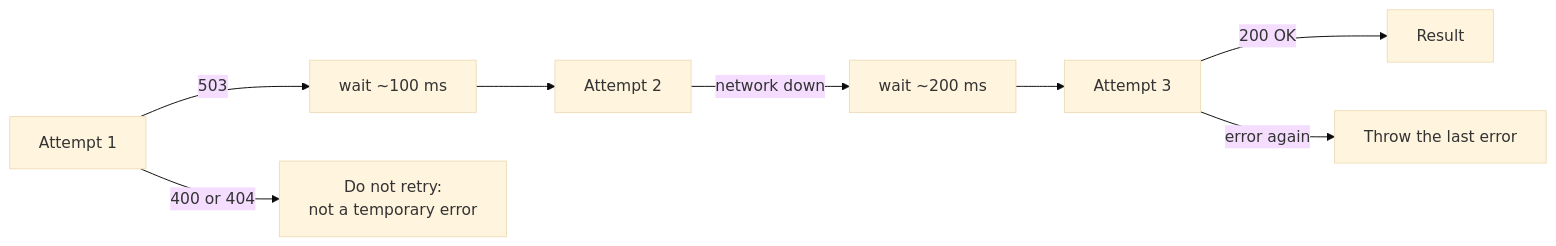
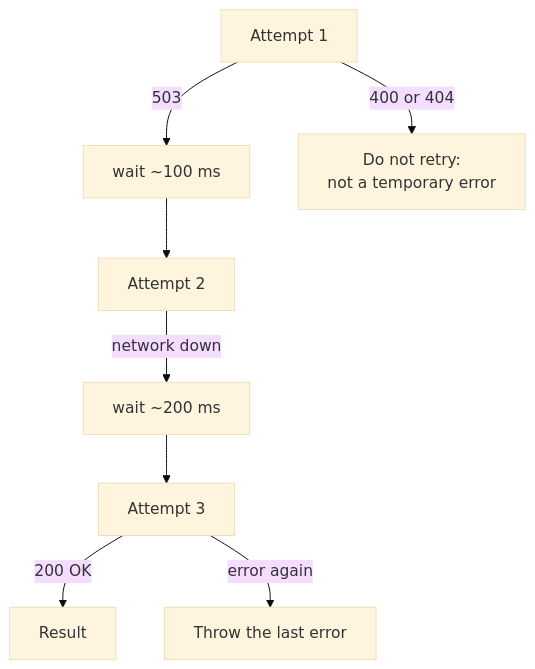
Before and after one commit to IGMiller777/frontend-gym: the first of 2 diagrams in content/lessons/js-async/async-patterns.en.md, drawn with Mermaid (base theme). The commit also changed 19 other files, not shown here.

First line of the commit message:
lessons: fit wide diagrams in JS and React lessons into the column

````diff
--- a/content/lessons/js-async/async-patterns.en.md
+++ b/content/lessons/js-async/async-patterns.en.md
@@ -9,8 +9,8 @@
 ```mermaid
-flowchart LR
+flowchart TD
   T1["Attempt 1"] -->|"503"| W1["wait ~100 ms"] --> T2["Attempt 2"]
   T2 -->|"network down"| W2["wait ~200 ms"] --> T3["Attempt 3"]
   T3 -->|"200 OK"| OK["Result"]
   T3 -->|"error again"| F["Throw the last error"]
   T1 -->|"400 or 404"| F2["Do not retry:<br/>not a temporary error"]
 ```
````
